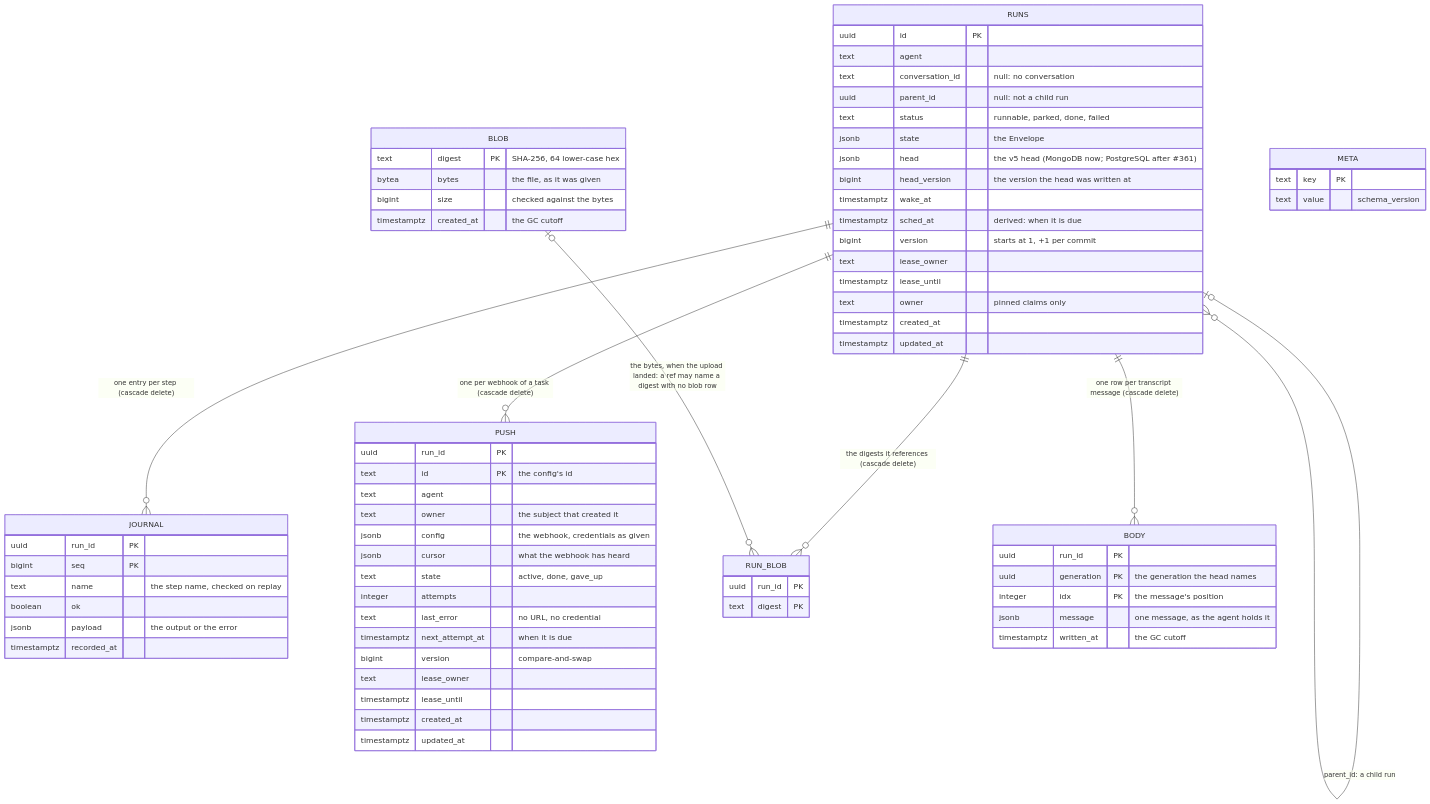
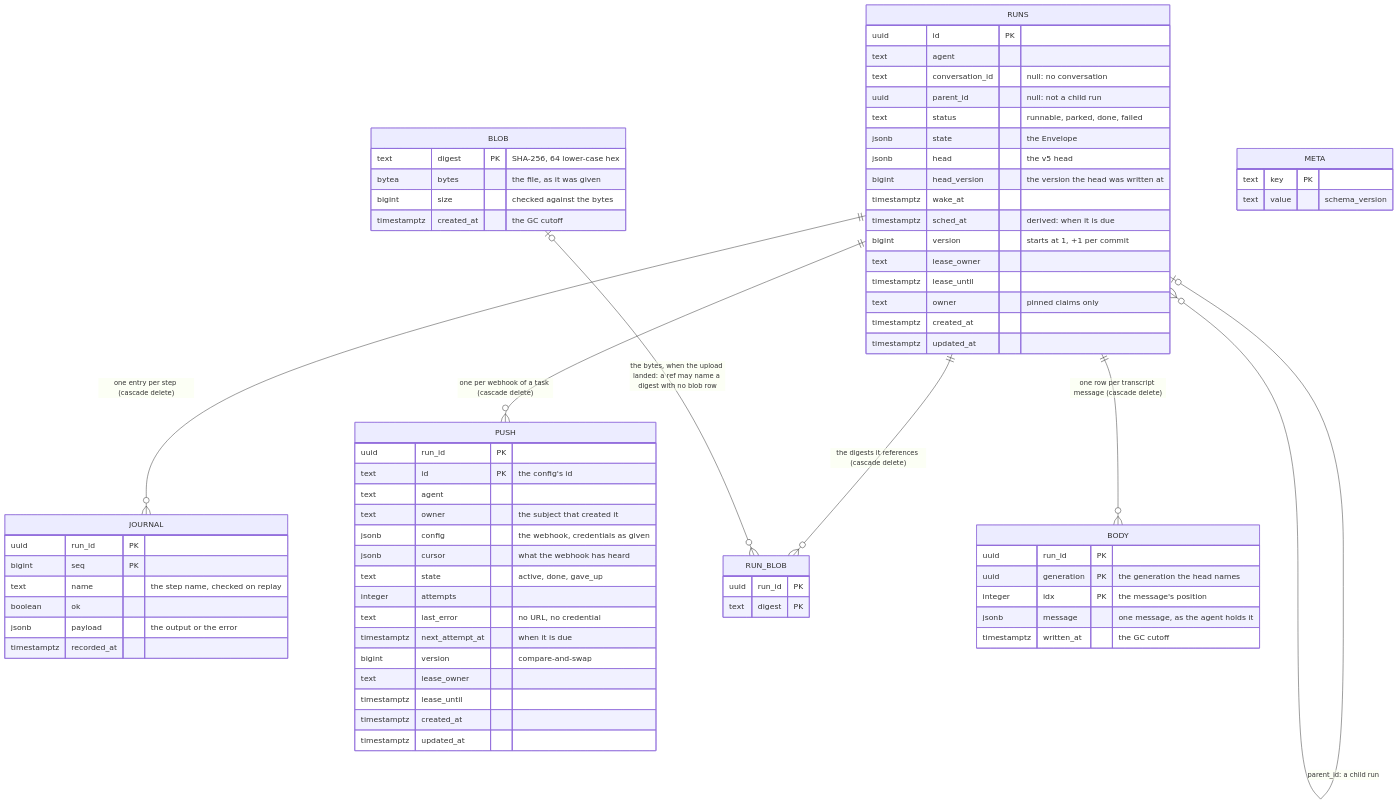
One commit to vymalo/another-adam-rs changed diagram 16 of 26 in docs/architecture.md. Above: the diagram before and after it, drawn with Mermaid. The commit also changed other lines of this file and 14 other files, not shown here.

````diff
--- a/docs/architecture.md
+++ b/docs/architecture.md
@@ -918,73 +918,73 @@
 ```mermaid
 erDiagram
     RUNS ||--o{ JOURNAL : "one entry per step (cascade delete)"
     RUNS ||--o{ PUSH : "one per webhook of a task (cascade delete)"
     RUNS ||--o{ RUN_BLOB : "the digests it references (cascade delete)"
     RUNS ||--o{ BODY : "one row per transcript message (cascade delete)"
     BLOB |o--o{ RUN_BLOB : "the bytes, when the upload landed: a ref may name a digest with no blob row"
     RUNS |o--o{ RUNS : "parent_id: a child run"
     RUNS {
         uuid id PK
         text agent
         text conversation_id "null: no conversation"
         uuid parent_id "null: not a child run"
         text status "runnable, parked, done, failed"
         jsonb state "the Envelope"
-        jsonb head "the v5 head (MongoDB now; PostgreSQL after #361)"
+        jsonb head "the v5 head"
         bigint head_version "the version the head was written at"
         timestamptz wake_at
         timestamptz sched_at "derived: when it is due"
         bigint version "starts at 1, +1 per commit"
         text lease_owner
         timestamptz lease_until
         text owner "pinned claims only"
         timestamptz created_at
         timestamptz updated_at
     }
     JOURNAL {
         uuid run_id PK
         bigint seq PK
         text name "the step name, checked on replay"
         boolean ok
         jsonb payload "the output or the error"
         timestamptz recorded_at
     }
     PUSH {
         uuid run_id PK
         text id PK "the config's id"
         text agent
         text owner "the subject that created it"
         jsonb config "the webhook, credentials as given"
         jsonb cursor "what the webhook has heard"
         text state "active, done, gave_up"
         integer attempts
         text last_error "no URL, no credential"
         timestamptz next_attempt_at "when it is due"
         bigint version "compare-and-swap"
         text lease_owner
         timestamptz lease_until
         timestamptz created_at
         timestamptz updated_at
     }
     BLOB {
         text digest PK "SHA-256, 64 lower-case hex"
         bytea bytes "the file, as it was given"
         bigint size "checked against the bytes"
         timestamptz created_at "the GC cutoff"
     }
     RUN_BLOB {
         uuid run_id PK
         text digest PK
     }
     BODY {
         uuid run_id PK
         uuid generation PK "the generation the head names"
         integer idx PK "the message's position"
         jsonb message "one message, as the agent holds it"
         timestamptz written_at "the GC cutoff"
     }
     META {
         text key PK
         text value "schema_version"
     }
 ```
````
